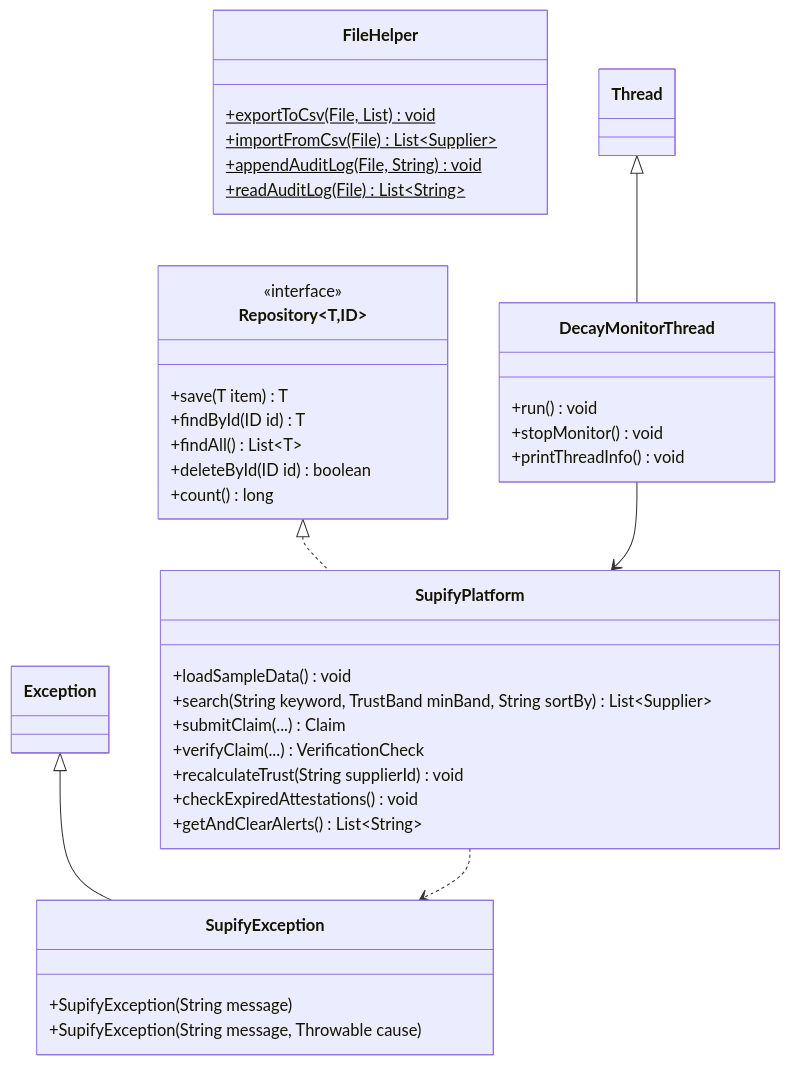
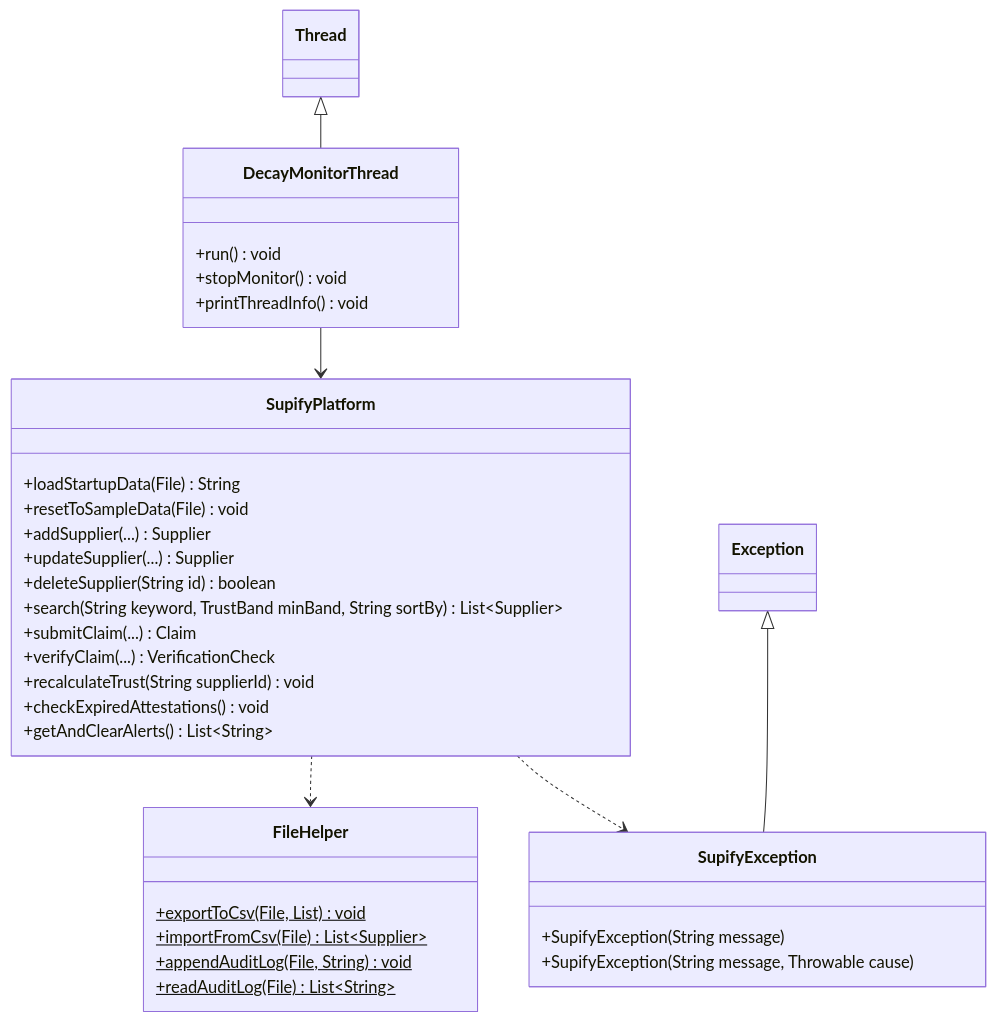
Before and after one commit to tanish19078/supify: the second of 2 diagrams in docs/backend-architecture.md, drawn with Mermaid. The commit also changed other lines of this file and 9 other files, not shown here.

````diff
--- a/docs/backend-architecture.md
+++ b/docs/backend-architecture.md
@@ -31,45 +31,40 @@
 ```mermaid
 classDiagram
-    class Repository~T,ID~ {
-        <<interface>>
-        +save(T item) T
-        +findById(ID id) T
-        +findAll() List~T~
-        +deleteById(ID id) boolean
-        +count() long
-    }
-
     class SupifyPlatform {
-        +loadSampleData() void
+        +loadStartupData(File) String
+        +resetToSampleData(File) void
+        +addSupplier(...) Supplier
+        +updateSupplier(...) Supplier
+        +deleteSupplier(String id) boolean
         +search(String keyword, TrustBand minBand, String sortBy) List~Supplier~
         +submitClaim(...) Claim
         +verifyClaim(...) VerificationCheck
         +recalculateTrust(String supplierId) void
         +checkExpiredAttestations() void
         +getAndClearAlerts() List~String~
     }
 
     class FileHelper {
         +exportToCsv(File, List)$ void
         +importFromCsv(File)$ List~Supplier~
         +appendAuditLog(File, String)$ void
         +readAuditLog(File)$ List~String~
     }
 
     class DecayMonitorThread {
         +run() void
         +stopMonitor() void
         +printThreadInfo() void
     }
 
     class SupifyException {
         +SupifyException(String message)
         +SupifyException(String message, Throwable cause)
     }
 
-    Repository <|.. SupifyPlatform
     Thread <|-- DecayMonitorThread
     Exception <|-- SupifyException
+    SupifyPlatform ..> FileHelper
     SupifyPlatform ..> SupifyException
     DecayMonitorThread --> SupifyPlatform
 ```
````
